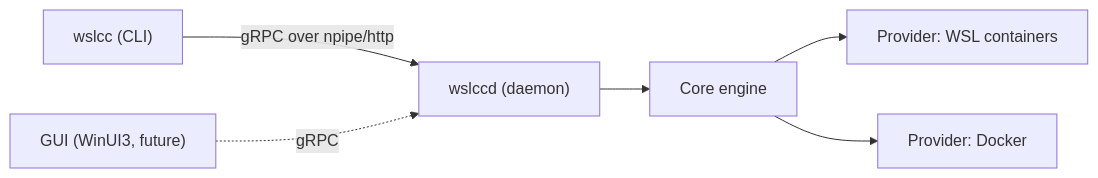
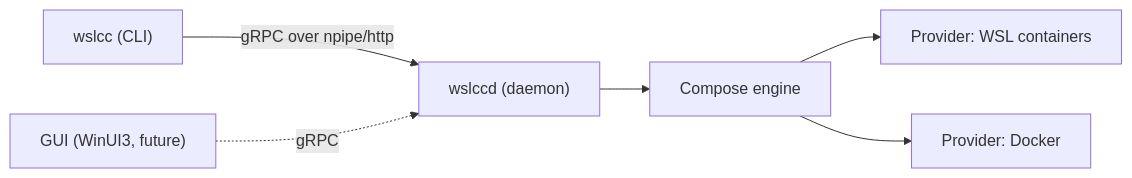
The diagram in README.md (arepetti/wslcc), drawn with Mermaid before and after one commit. The commit also changed other lines of this file and 106 other files, not shown here.

````diff
--- a/README.md
+++ b/README.md
@@ -28,8 +28,8 @@
 ```mermaid
 graph LR
   cli["wslcc (CLI)"] -->|gRPC over npipe/http| daemon["wslccd (daemon)"]
   gui["GUI (WinUI3, future)"] -.->|gRPC| daemon
-  daemon --> core["Core engine"]
-  core --> wslc["Provider: WSL containers"]
-  core --> docker["Provider: Docker"]
+  daemon --> engine["Compose engine"]
+  engine --> wslc["Provider: WSL containers"]
+  engine --> docker["Provider: Docker"]
 ```
````
